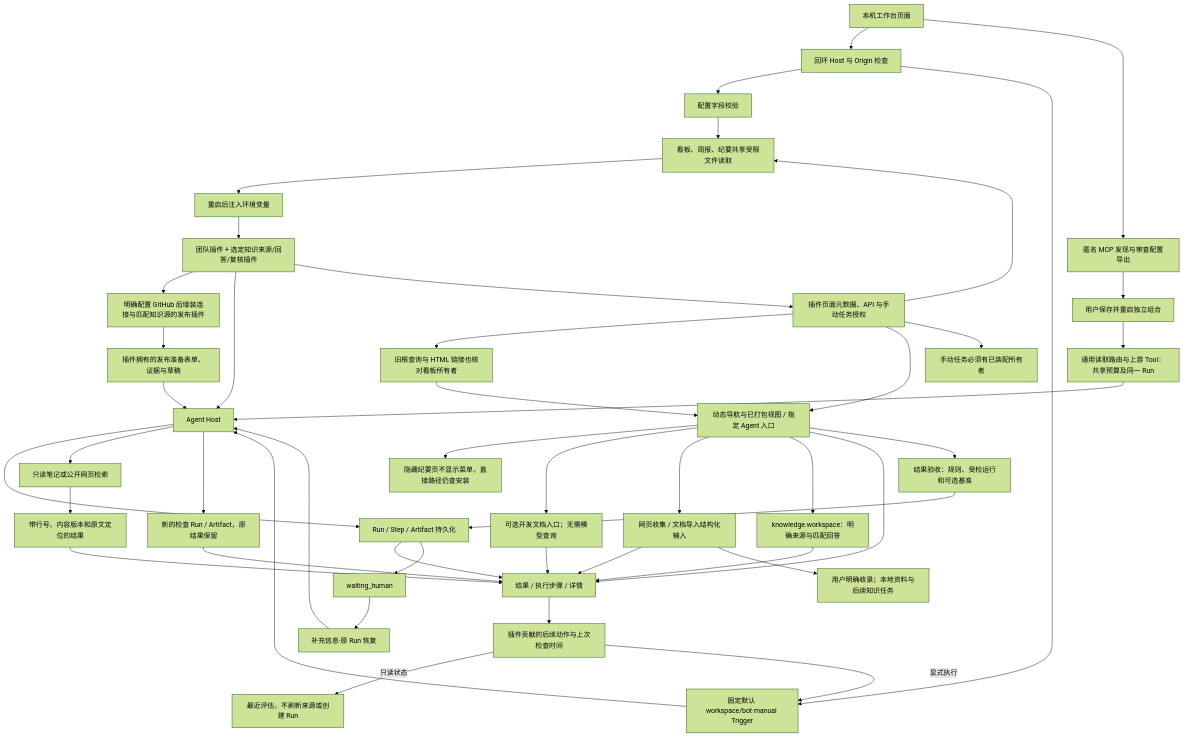
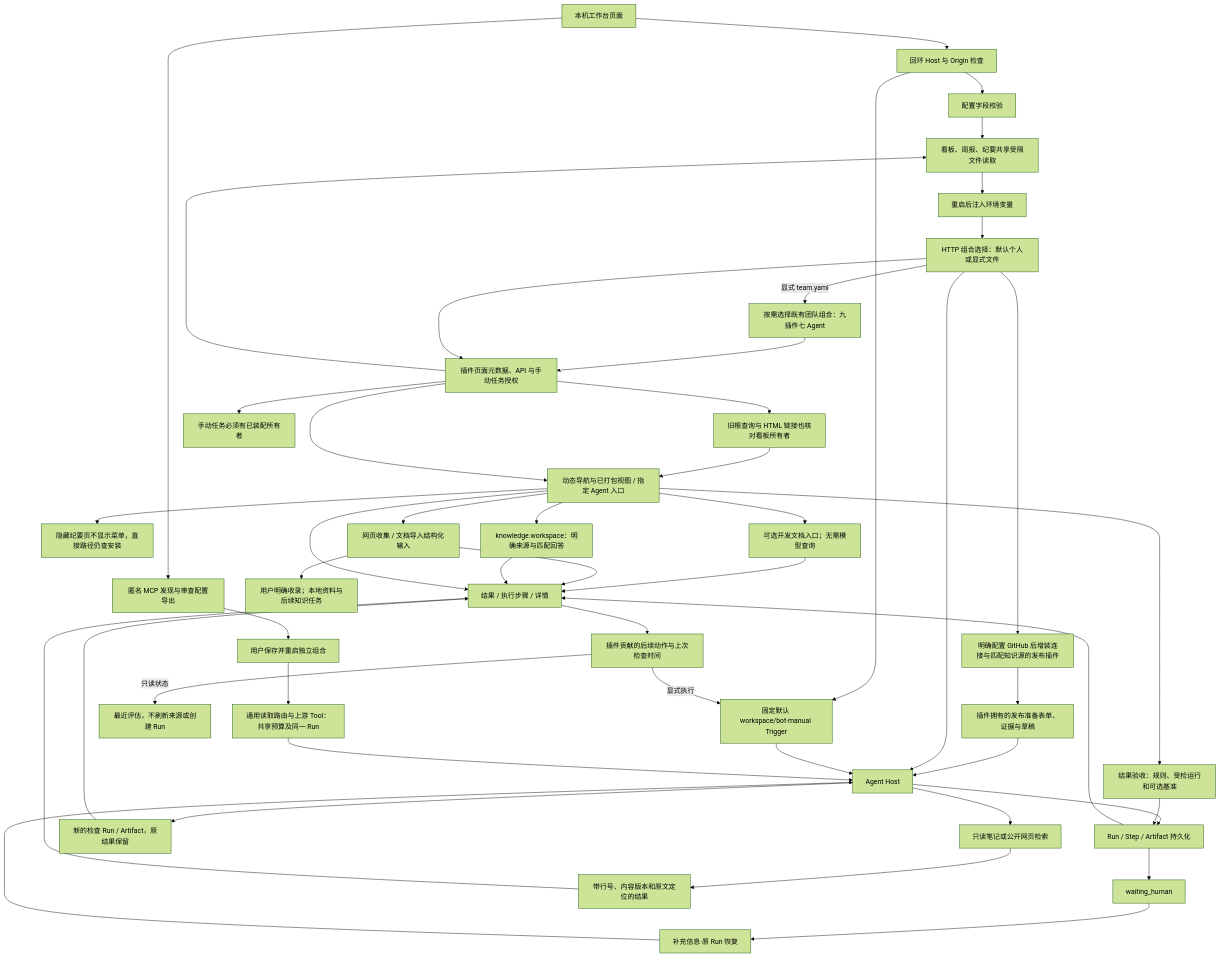
One commit to KlayPeter/AI-Delivery-Ops-Agent changed the diagram in backend/src/platform/workspace/FEATURE.md. Above: the diagram before and after it, drawn with Mermaid (forest theme). The commit also changed other lines of this file and 22 other files, not shown here.

````diff
--- a/backend/src/platform/workspace/FEATURE.md
+++ b/backend/src/platform/workspace/FEATURE.md
@@ -19,48 +19,50 @@
 ```mermaid
 flowchart TD
     UI[本机工作台页面] --> G[回环 Host 与 Origin 检查]
     G --> CFG[配置字段校验]
     CFG --> FILE[connections.json 原子写入·0600]
     FILE --> BOOT[重启后注入环境变量]
-    BOOT --> PL[团队插件 + 选定知识来源/回答/复核插件]
+    BOOT --> PL[HTTP 组合选择：默认个人或显式文件]
+    PL -- 显式 team.yaml --> TEAM[按需选择既有团队组合：九插件七 Agent]
+    TEAM --> WEB
     PL --> GH[明确配置 GitHub 后增装连接与匹配知识源的发布插件]
     GH --> RP[插件拥有的发布准备表单、证据与草稿]
     RP --> H
     PL --> H[Agent Host]
     G --> T[固定默认 workspace/bot·manual Trigger]
     T --> H
     H --> R[Run / Step / Artifact 持久化]
     R --> V[结果 / 执行步骤 / 详情]
     R --> WAIT[waiting_human]
     WAIT --> REPLY[补充信息·原 Run 恢复]
     REPLY --> H
     H --> K[只读笔记或公开网页检索]
     K --> EV[带行号、内容版本和原文定位的结果]
     EV --> V
     PL --> WEB[插件页面元数据、API 与手动任务授权]
     WEB --> ALIAS[旧根查询与 HTML 链接也核对看板所有者]
     ALIAS --> NAV
     WEB --> NAV[动态导航与已打包视图 / 指定 Agent 入口]
     NAV --> HIDDEN[隐藏纪要页不显示菜单，直接路径仍查安装]
     WEB --> FILE[看板、周报、纪要共享受限文件读取]
     NAV --> C7[可选开发文档入口；无需模型查询]
     C7 --> V
     NAV --> COL[网页收集 / 文档导入结构化输入]
     COL --> V
     NAV --> KW[knowledge.workspace：明确来源与匹配回答]
     KW --> V
     NAV --> V
     WEB --> JOBS[手动任务必须有已装配所有者]
     V --> ACT[插件贡献的后续动作与上次检查时间]
     ACT -- 只读状态 --> KV[最近评估，不刷新来源或创建 Run]
     ACT -- 显式执行 --> T
     H --> CHECK[新的检查 Run / Artifact，原结果保留]
     CHECK --> V
     COL --> KLIB[用户明确收录；本地资料与后续知识任务]
     NAV --> QCP[结果验收：规则、受检运行和可选基准]
     QCP --> R
     UI --> MCPSETUP[匿名 MCP 发现与审查配置导出]
     MCPSETUP --> MCPRESTART[用户保存并重启独立组合]
     MCPRESTART --> MCPRUN[通用读取路由与上游 Tool：共享预算及同一 Run]
     MCPRUN --> H
 ```
````
